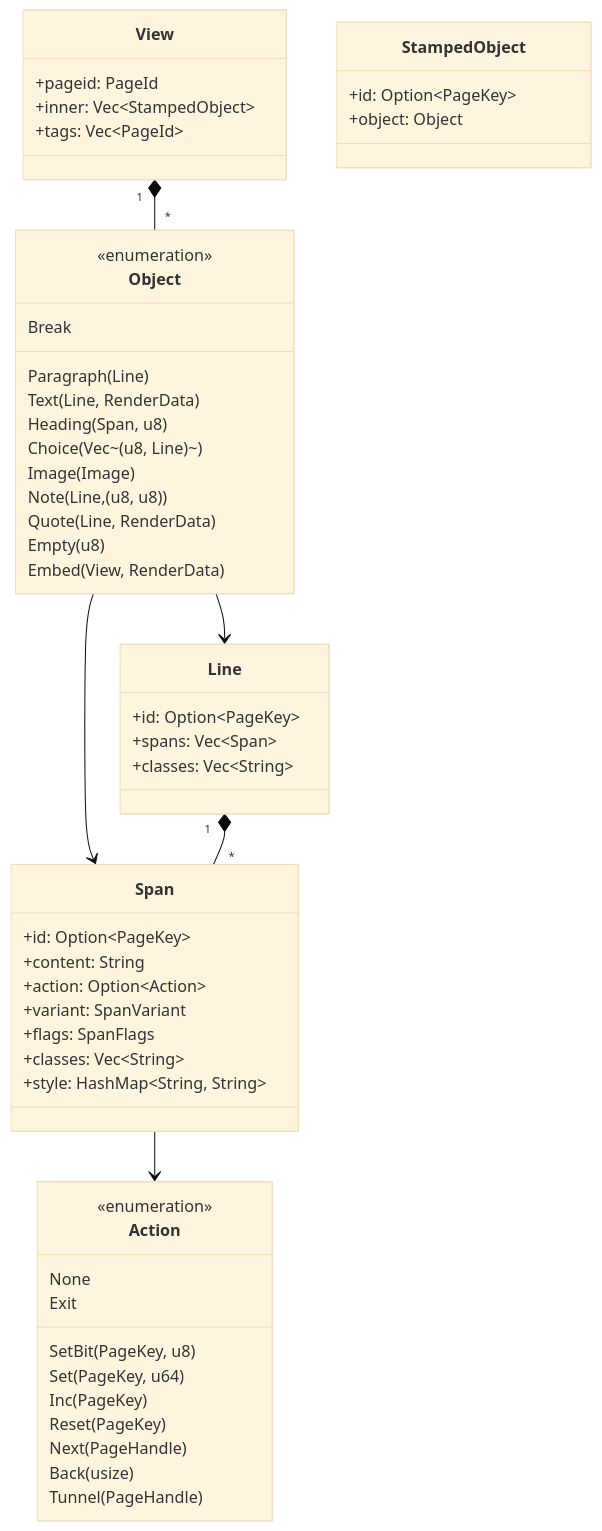
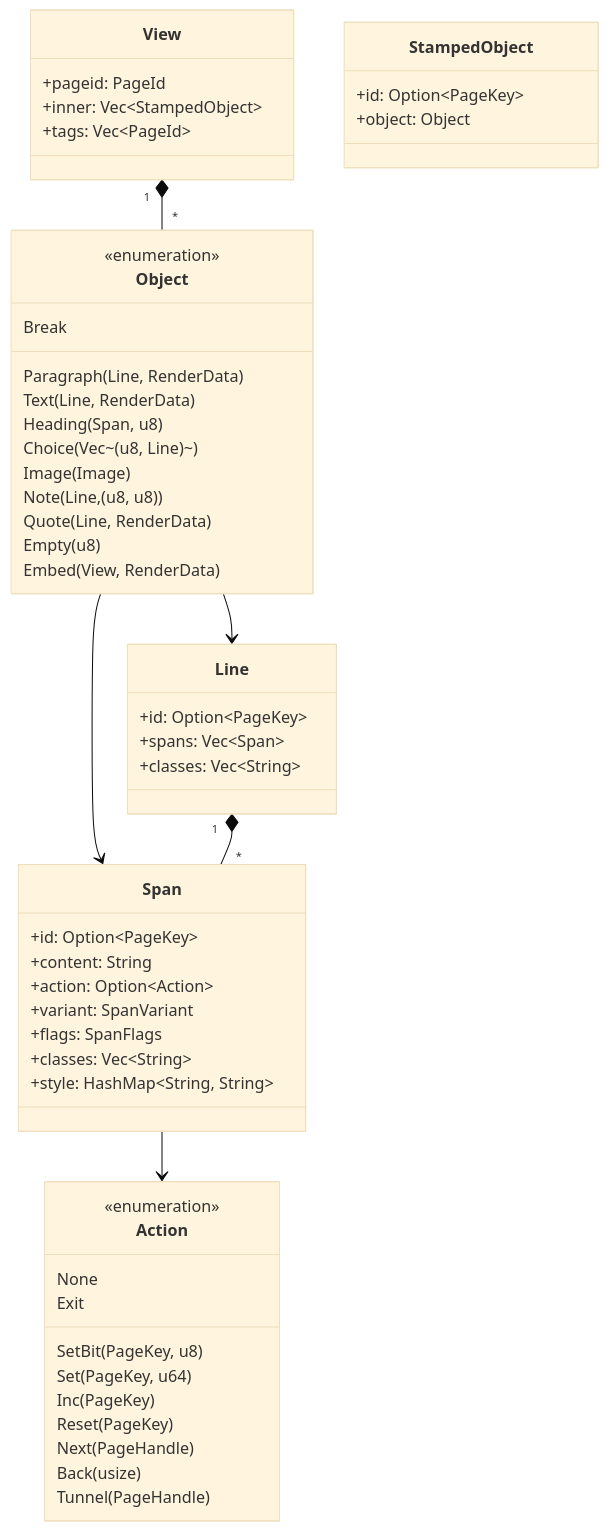
One commit to Squirreljetpack/ifengine changed the third of 4 diagrams in ARCHITECTURE.md. Above: the diagram before and after it, drawn with Mermaid (base theme). The commit also changed other lines of this file and 62 other files, not shown here.

````diff
--- a/ARCHITECTURE.md
+++ b/ARCHITECTURE.md
@@ -97,57 +97,57 @@
 ```mermaid
 classDiagram
     class View {
         +pageid: PageId
         +inner: Vec~StampedObject~
         +tags: Vec~PageId~
     }
     class StampedObject {
         +id: Option~PageKey~
         +object: Object
     }
     class Object {
         <<enumeration>>
-        Paragraph(Line)
+        Paragraph(Line, RenderData)
         Text(Line, RenderData)
         Heading(Span, u8)
         Choice(Vec~(u8, Line)~)
         Image(Image)
         Note(Line, (u8, u8))
         Quote(Line, RenderData)
         Break
         Empty(u8)
         Embed(View, RenderData)
     }
     class Line {
         +id: Option~PageKey~
         +spans: Vec~Span~
         +classes: Vec~String~
     }
     class Span {
         +id: Option~PageKey~
         +content: String
         +action: Option~Action~
         +variant: SpanVariant
         +flags: SpanFlags
         +classes: Vec~String~
         +style: HashMap~String, String~
     }
     class Action {
         <<enumeration>>
         None
         SetBit(PageKey, u8)
         Set(PageKey, u64)
         Inc(PageKey)
         Reset(PageKey)
         Next(PageHandle)
         Back(usize)
         Tunnel(PageHandle)
         Exit
     }
 
     View "1" *-- "*" Object
     Object --> Line
     Object --> Span
     Line "1" *-- "*" Span
     Span --> Action
 ```
````
